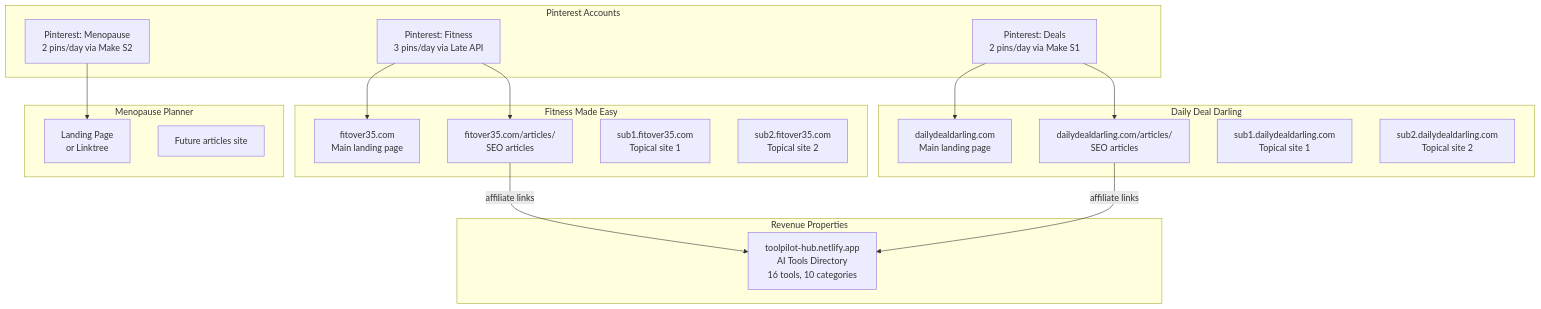
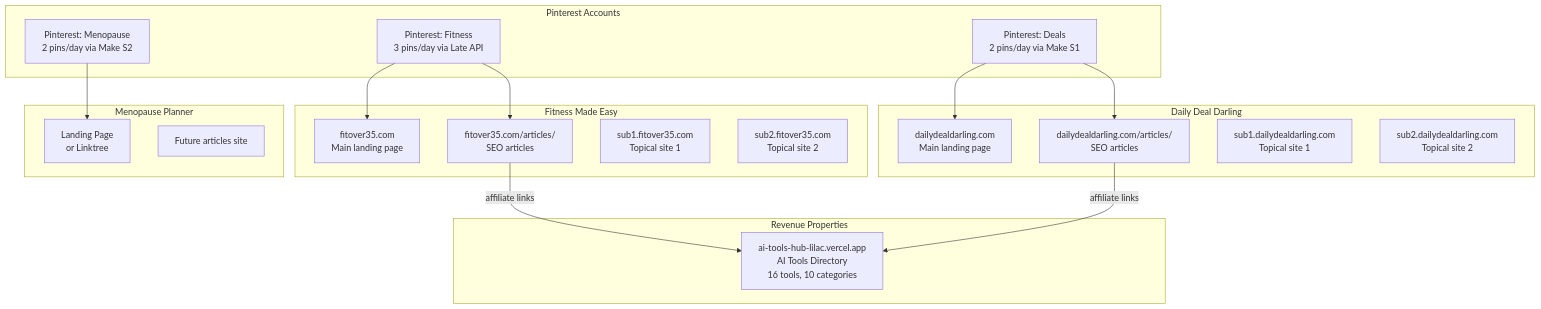
Before and after one commit to talhahbilal1-arch/social-media-empire: the fifth of 5 diagrams in outputs/documentation/system_architecture.md, drawn with Mermaid. The commit also changed other lines of this file and 18 other files, not shown here.

First line of the commit message:
feat: migrate ToolPilot from Netlify to Vercel

````diff
--- a/outputs/documentation/system_architecture.md
+++ b/outputs/documentation/system_architecture.md
@@ -468,40 +468,40 @@
 ```mermaid
 flowchart TB
     subgraph "Fitness Made Easy"
         FIT_MAIN[fitover35.com\nMain landing page]
         FIT_ART[fitover35.com/articles/\nSEO articles]
         FIT_SUB1[sub1.fitover35.com\nTopical site 1]
         FIT_SUB2[sub2.fitover35.com\nTopical site 2]
     end
 
     subgraph "Daily Deal Darling"
         DDD_MAIN[dailydealdarling.com\nMain landing page]
         DDD_ART[dailydealdarling.com/articles/\nSEO articles]
         DDD_SUB1[sub1.dailydealdarling.com\nTopical site 1]
         DDD_SUB2[sub2.dailydealdarling.com\nTopical site 2]
     end
 
     subgraph "Menopause Planner"
         MENO_MAIN[Landing Page\nor Linktree]
         MENO_ART[Future articles site]
     end
 
     subgraph "Revenue Properties"
-        TOOL_HUB[toolpilot-hub.netlify.app\nAI Tools Directory\n16 tools, 10 categories]
+        TOOL_HUB[ai-tools-hub-lilac.vercel.app\nAI Tools Directory\n16 tools, 10 categories]
     end
 
     subgraph "Pinterest Accounts"
         PINT_FIT[Pinterest: Fitness\n3 pins/day via Late API]
         PINT_DDD[Pinterest: Deals\n2 pins/day via Make S1]
         PINT_MENO[Pinterest: Menopause\n2 pins/day via Make S2]
     end
 
     PINT_FIT --> FIT_MAIN
     PINT_FIT --> FIT_ART
     PINT_DDD --> DDD_MAIN
     PINT_DDD --> DDD_ART
     PINT_MENO --> MENO_MAIN
 
     FIT_ART --> |affiliate links| TOOL_HUB
     DDD_ART --> |affiliate links| TOOL_HUB
 ```
````
